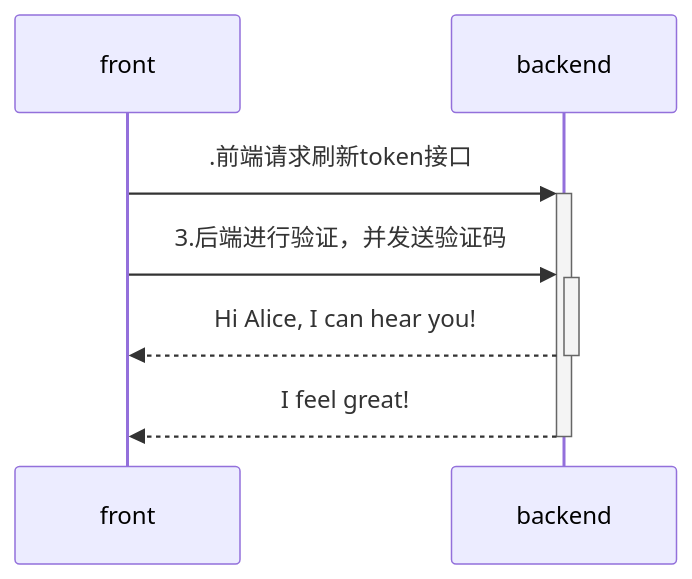
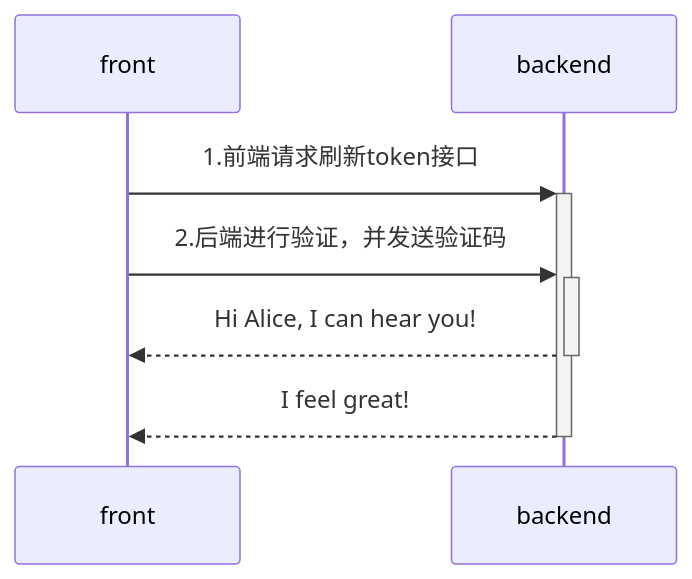
Before and after one commit to yingjianzh/iodraw-files: the diagram in all/未命名-4.md, drawn with Mermaid.

Commit message:
2024-08-02 17:39:44 update

````diff
--- a/all/未命名-4.md
+++ b/all/未命名-4.md
@@ -1,8 +1,8 @@
 ```mermaid
 sequenceDiagram
-    front->>+backend: .前端请求刷新token接口
-    front->>+backend: 3.后端进行验证，并发送验证码
+    front->>+backend: 1.前端请求刷新token接口
+    front->>+backend: 2.后端进行验证，并发送验证码
     backend-->>-front: Hi Alice, I can hear you!
     backend-->>-front: I feel great!
             
 ```
````
